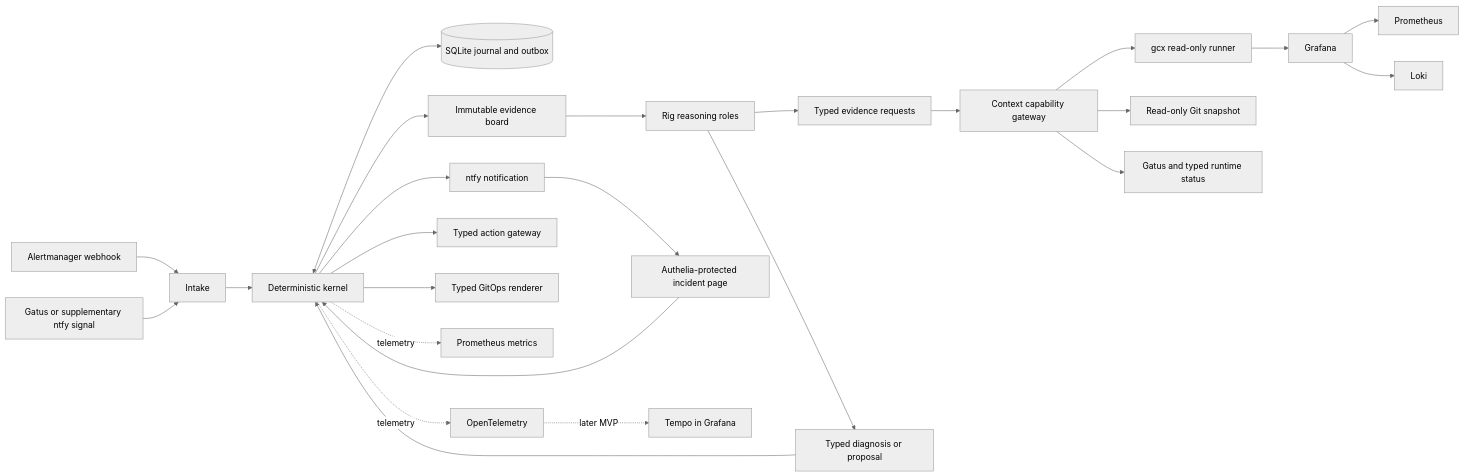
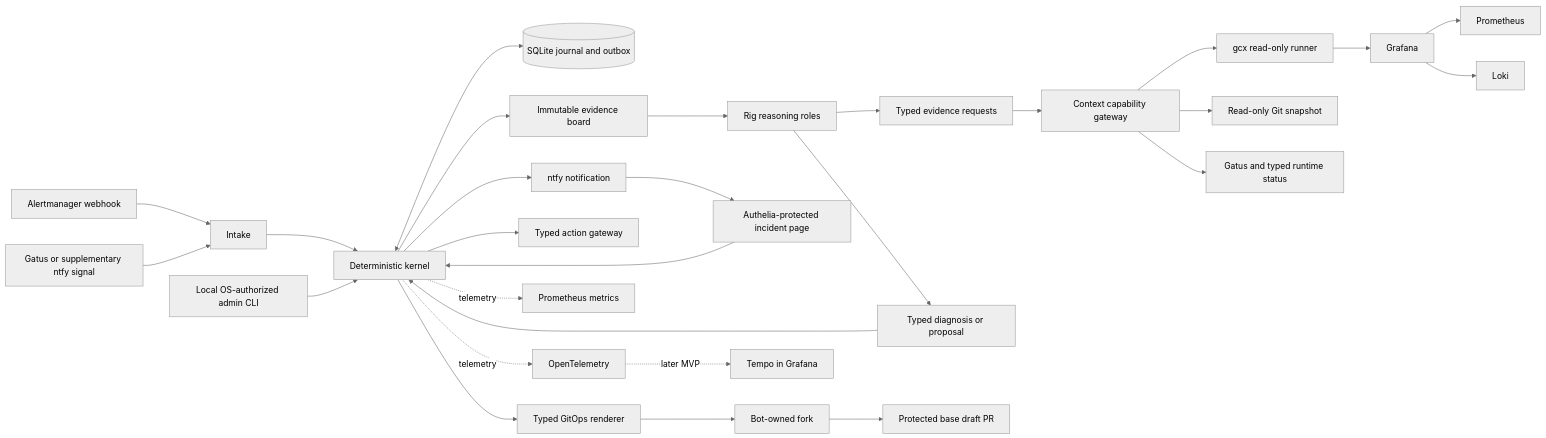
Before and after one commit to bodhispace-xyz/ai-sre: the second of 6 diagrams in docs/plans/2026-08-10-001-feat-bodhispace-ai-sre-plan.md, drawn with Mermaid (neutral theme). The commit also changed other lines of this file and 1 other file, not shown here.

Commit message:
docs: resolve architecture review findings

````diff
--- a/docs/plans/2026-08-10-001-feat-bodhispace-ai-sre-plan.md
+++ b/docs/plans/2026-08-10-001-feat-bodhispace-ai-sre-plan.md
@@ -423,27 +475,30 @@
 ```mermaid
 flowchart LR
   AM[Alertmanager webhook] --> Intake
   Gatus[Gatus or supplementary ntfy signal] --> Intake
   Intake --> Kernel[Deterministic kernel]
   Kernel <--> DB[(SQLite journal and outbox)]
   Kernel --> Board[Immutable evidence board]
   Board --> Rig[Rig reasoning roles]
   Rig --> Requests[Typed evidence requests]
   Requests --> Context[Context capability gateway]
   Context --> GCX[gcx read-only runner]
   GCX --> Grafana[Grafana]
   Grafana --> Prom[Prometheus]
   Grafana --> Loki[Loki]
   Context --> Git[Read-only Git snapshot]
   Context --> Health[Gatus and typed runtime status]
   Rig --> Proposal[Typed diagnosis or proposal]
   Proposal --> Kernel
   Kernel --> Ntfy[ntfy notification]
   Ntfy --> Page[Authelia-protected incident page]
   Page --> Kernel
+  Admin[Local OS-authorized admin CLI] --> Kernel
   Kernel --> Action[Typed action gateway]
   Kernel --> PR[Typed GitOps renderer]
+  PR --> Fork[Bot-owned fork]
+  Fork --> BasePR[Protected base draft PR]
   Kernel -. telemetry .-> Metrics[Prometheus metrics]
   Kernel -. telemetry .-> OTel[OpenTelemetry]
   OTel -. later MVP .-> Tempo[Tempo in Grafana]
 ```
````
